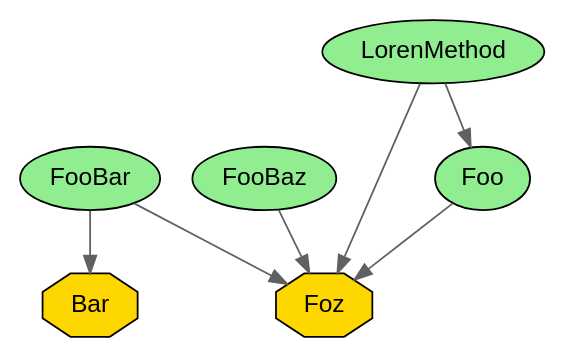
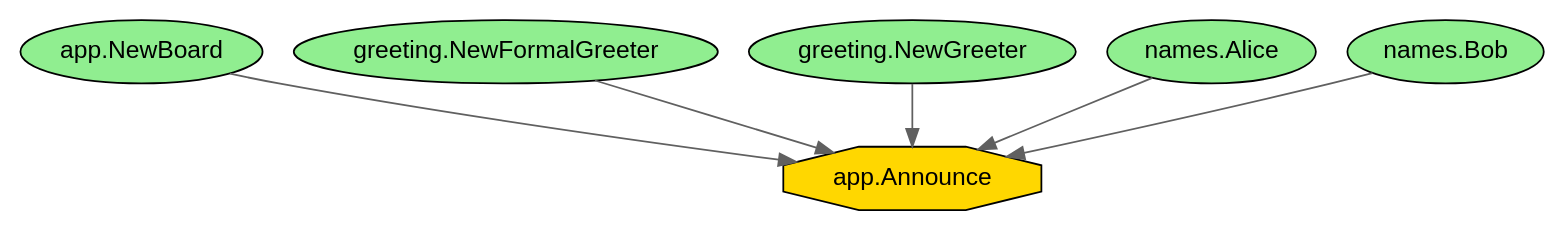
One commit to xgodev/boost changed the diagram in inject/examples/simple/simple.gv. Above: the diagram before and after it, drawn with Graphviz. The commit also changed 36 other files, not shown here.

```diff
--- a/inject/examples/simple/simple.gv
+++ b/inject/examples/simple/simple.gv
@@ -1,17 +1,16 @@
 digraph InjectGraph {
-        graph [splines=true, overlap=false];
-        node [fontname="Arial", shape=box, style=filled];
-        edge [color="#606060"];
-    "simple_FooBar" [label="FooBar", shape=ellipse, fillcolor="#90EE90"];
-"simple_FooBar" -> "simple_Bar";
-"simple_FooBar" -> "simple_Foz";
-"simple_FooBaz" [label="FooBaz", shape=ellipse, fillcolor="#90EE90"];
-"simple_FooBaz" -> "simple_Foz";
-"annotated_LorenMethod" [label="LorenMethod", shape=ellipse, fillcolor="#90EE90"];
-"annotated_LorenMethod" -> "simple_Foo";
-"annotated_LorenMethod" -> "simple_Foz";
-"simple_Foo" [label="Foo", shape=ellipse, fillcolor="#90EE90"];
-"simple_Foo" -> "simple_Foz";
-"simple_Foz" [label="Foz", shape=octagon, fillcolor="#FFD700"];
-"simple_Bar" [label="Bar", shape=octagon, fillcolor="#FFD700"];
+	graph [splines=true, overlap=false];
+	node [fontname="Arial", style=filled];
+	edge [color="#606060"];
+	"github.com/xgodev/boost/inject/examples/simple/app.Announce" [label="app.Announce", shape=octagon, fillcolor="#FFD700"];
+	"github.com/xgodev/boost/inject/examples/simple/app.NewBoard" [label="app.NewBoard", shape=ellipse, fillcolor="#90EE90"];
+	"github.com/xgodev/boost/inject/examples/simple/app.NewBoard" -> "github.com/xgodev/boost/inject/examples/simple/app.Announce";
+	"github.com/xgodev/boost/inject/examples/simple/greeting.NewFormalGreeter" [label="greeting.NewFormalGreeter", shape=ellipse, fillcolor="#90EE90"];
+	"github.com/xgodev/boost/inject/examples/simple/greeting.NewFormalGreeter" -> "github.com/xgodev/boost/inject/examples/simple/app.Announce";
+	"github.com/xgodev/boost/inject/examples/simple/greeting.NewGreeter" [label="greeting.NewGreeter", shape=ellipse, fillcolor="#90EE90"];
+	"github.com/xgodev/boost/inject/examples/simple/greeting.NewGreeter" -> "github.com/xgodev/boost/inject/examples/simple/app.Announce";
+	"github.com/xgodev/boost/inject/examples/simple/names.Alice" [label="names.Alice", shape=ellipse, fillcolor="#90EE90"];
+	"github.com/xgodev/boost/inject/examples/simple/names.Alice" -> "github.com/xgodev/boost/inject/examples/simple/app.Announce";
+	"github.com/xgodev/boost/inject/examples/simple/names.Bob" [label="names.Bob", shape=ellipse, fillcolor="#90EE90"];
+	"github.com/xgodev/boost/inject/examples/simple/names.Bob" -> "github.com/xgodev/boost/inject/examples/simple/app.Announce";
 }
```
